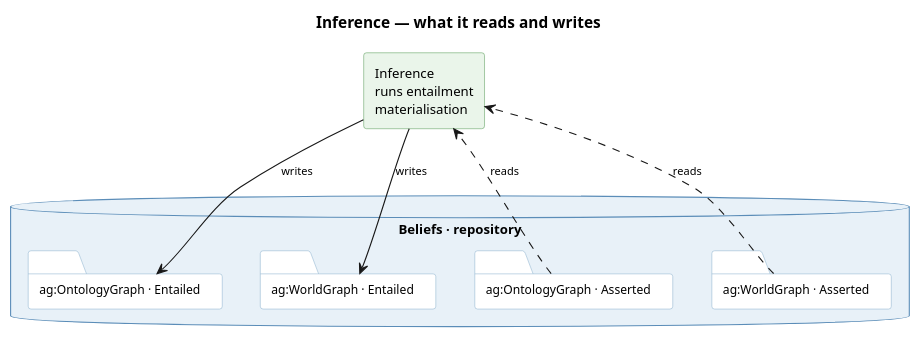
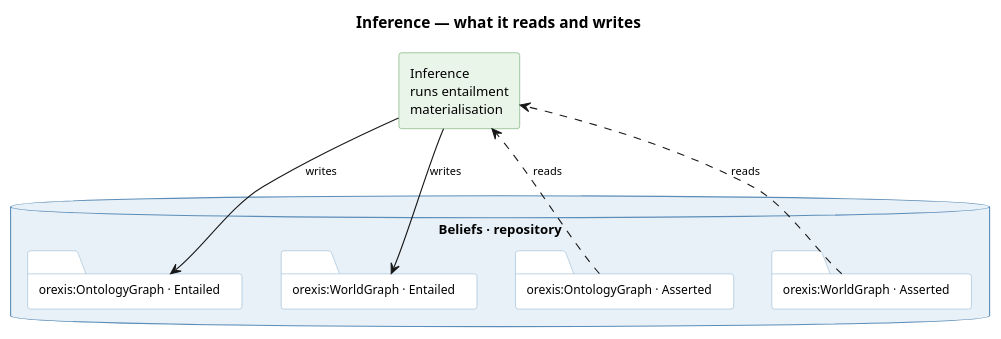
Before and after one commit to ShishkinDmitriy/orexis: the diagram in knowledge/diagrams/service-inference.puml, drawn with PlantUML. The commit also changed 296 other files, not shown here.

```diff
--- a/knowledge/diagrams/service-inference.puml
+++ b/knowledge/diagrams/service-inference.puml
@@ -1,39 +1,39 @@
 @startuml service-inference
 title Inference — what it reads and writes
 
 skinparam componentStyle rectangle
 skinparam shadowing false
 skinparam defaultFontSize 12
 skinparam titleFontSize 14
 skinparam ArrowFontSize 10
 skinparam database {
   BackgroundColor #E8F1F8
   BorderColor #5B8DB8
 }
 skinparam folder {
   BackgroundColor #FFFFFF
   BorderColor #8FB4D0
   FontSize 11
 }
 skinparam component {
   BackgroundColor #EAF5EA
   BorderColor #5E9E5E
 }
 
 
 database "Beliefs · repository" as BEL {
-  folder "ag:OntologyGraph · Asserted" as OA
-  folder "ag:WorldGraph · Asserted" as WA
-  folder "ag:OntologyGraph · Entailed" as OE
-  folder "ag:WorldGraph · Entailed" as WE
+  folder "orexis:OntologyGraph · Asserted" as OA
+  folder "orexis:WorldGraph · Asserted" as WA
+  folder "orexis:OntologyGraph · Entailed" as OE
+  folder "orexis:WorldGraph · Entailed" as WE
 }
 
 component "Inference\nruns entailment\nmaterialisation" as INF
 
 
 OA ..> INF : reads
 WA ..> INF : reads
 INF --> OE : writes
 INF --> WE : writes
 
 @enduml
```
